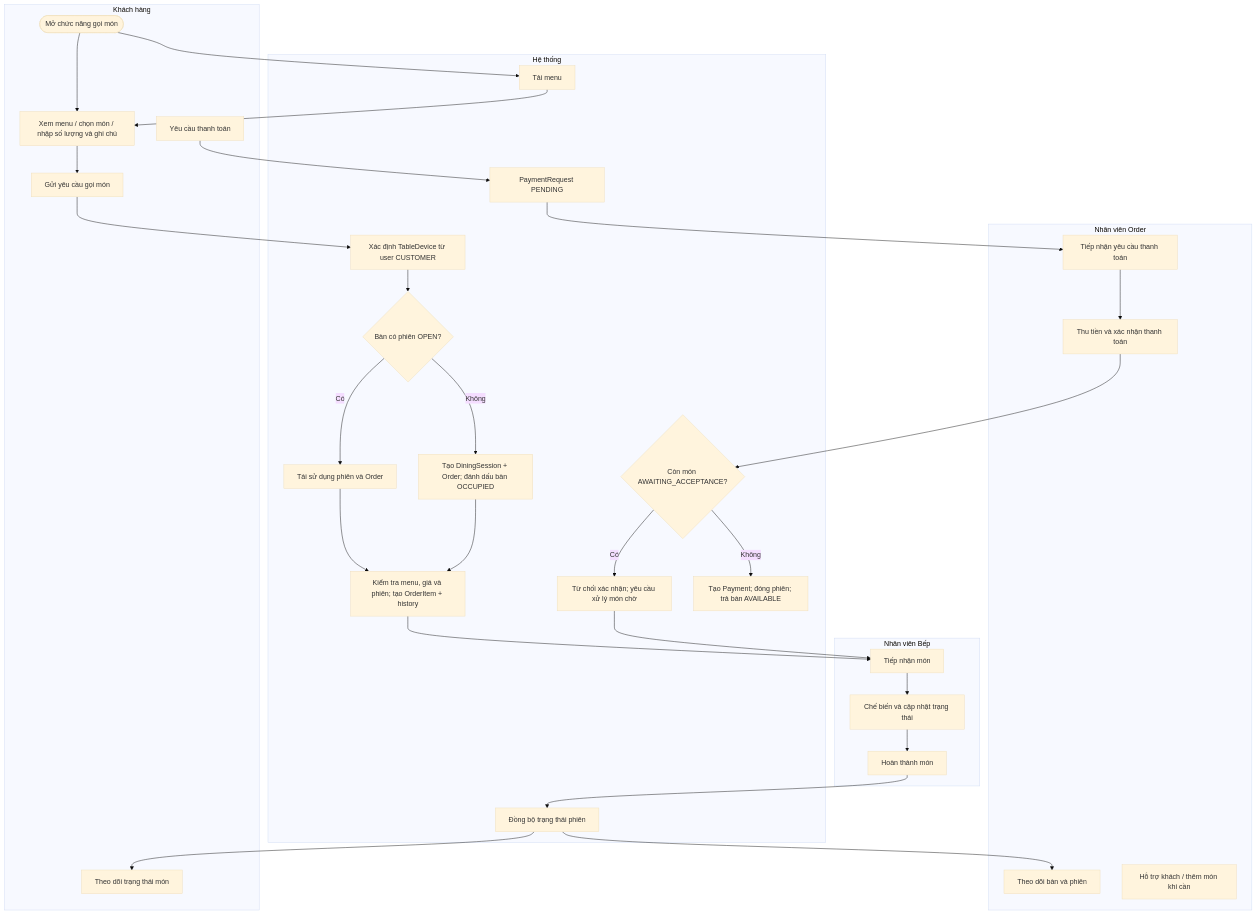
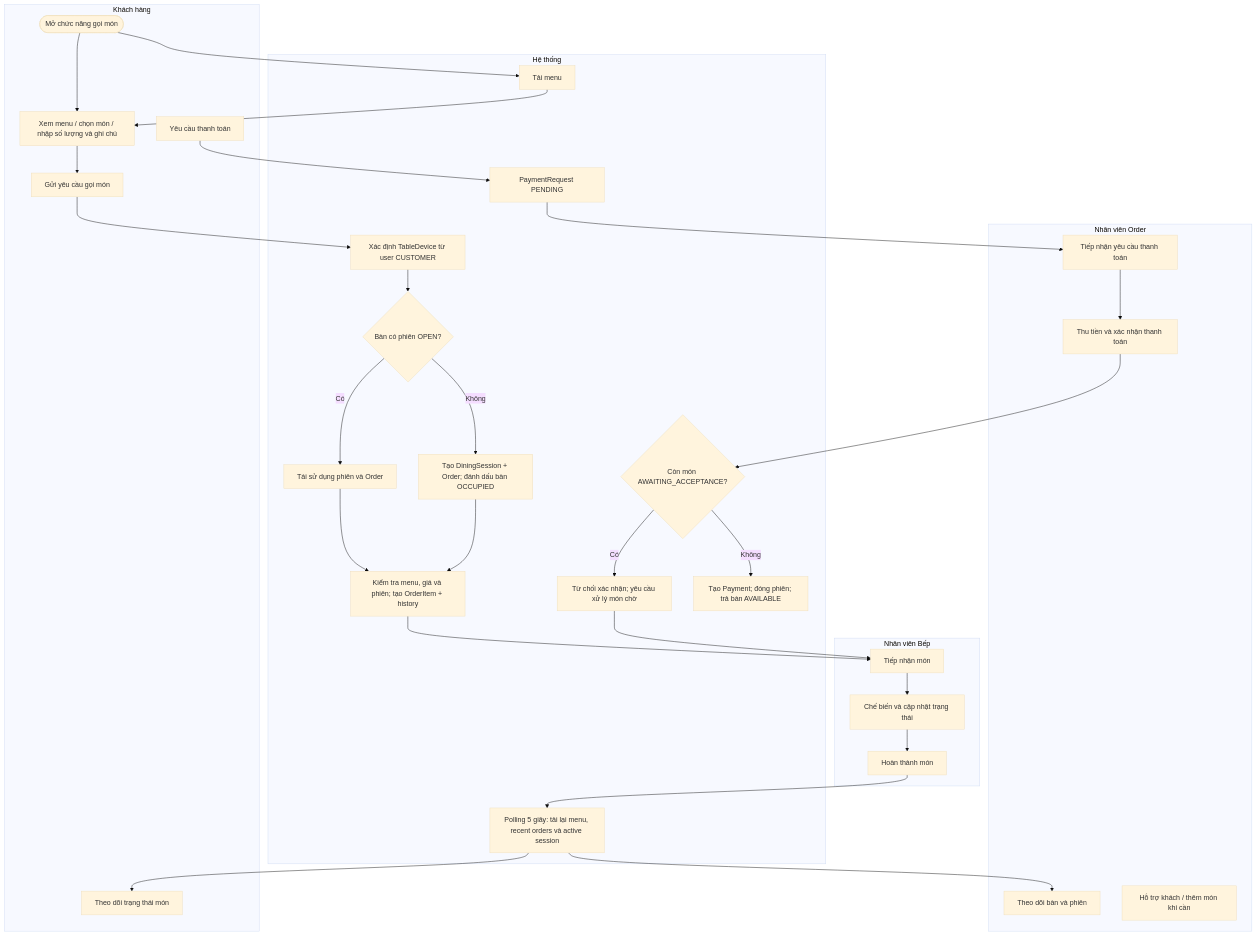
Before and after one commit to NTMHuy/ResMan: the diagram in docs/analysis/diagrams/activity-customer-order.mmd, drawn with Mermaid (base theme).

Commit message:
docs(diagrams): align activity-customer-order.mmd with source

```diff
--- a/docs/analysis/diagrams/activity-customer-order.mmd
+++ b/docs/analysis/diagrams/activity-customer-order.mmd
@@ -1,42 +1,42 @@
 flowchart TB
   subgraph C["Khách hàng"]
     C1([Mở chức năng gọi món]) --> C2["Xem menu / chọn món / nhập số lượng và ghi chú"]
     C2 --> C3["Gửi yêu cầu gọi món"]
     C4["Theo dõi trạng thái món"]
     C5["Yêu cầu thanh toán"]
   end
   subgraph O["Nhân viên Order"]
     O1["Theo dõi bàn và phiên"]
     O2["Hỗ trợ khách / thêm món khi cần"]
     O3["Tiếp nhận yêu cầu thanh toán"]
     O4["Thu tiền và xác nhận thanh toán"]
   end
   subgraph K["Nhân viên Bếp"]
     K1["Tiếp nhận món"]
     K2["Chế biến và cập nhật trạng thái"]
     K3["Hoàn thành món"]
   end
   subgraph S["Hệ thống"]
     S1["Tải menu"]
     S2["Xác định TableDevice từ user CUSTOMER"]
     S3{"Bàn có phiên OPEN?"}
     S4["Tái sử dụng phiên và Order"]
     S5["Tạo DiningSession + Order; đánh dấu bàn OCCUPIED"]
     S6["Kiểm tra menu, giá và phiên; tạo OrderItem + history"]
-    S7["Đồng bộ trạng thái phiên"]
+    S7["Polling 5 giây: tải lại menu, recent orders và active session"]
     S8["PaymentRequest PENDING"]
     S9{"Còn món AWAITING_ACCEPTANCE?"}
     S10["Từ chối xác nhận; yêu cầu xử lý món chờ"]
     S11["Tạo Payment; đóng phiên; trả bàn AVAILABLE"]
   end
   C1 --> S1 --> C2
   C3 --> S2 --> S3
   S3 -- Có --> S4
   S3 -- Không --> S5
   S4 --> S6
   S5 --> S6
   S6 --> K1 --> K2 --> K3 --> S7 --> C4
   S7 --> O1
   C5 --> S8 --> O3 --> O4 --> S9
   S9 -- Có --> S10 --> K1
   S9 -- Không --> S11
```
